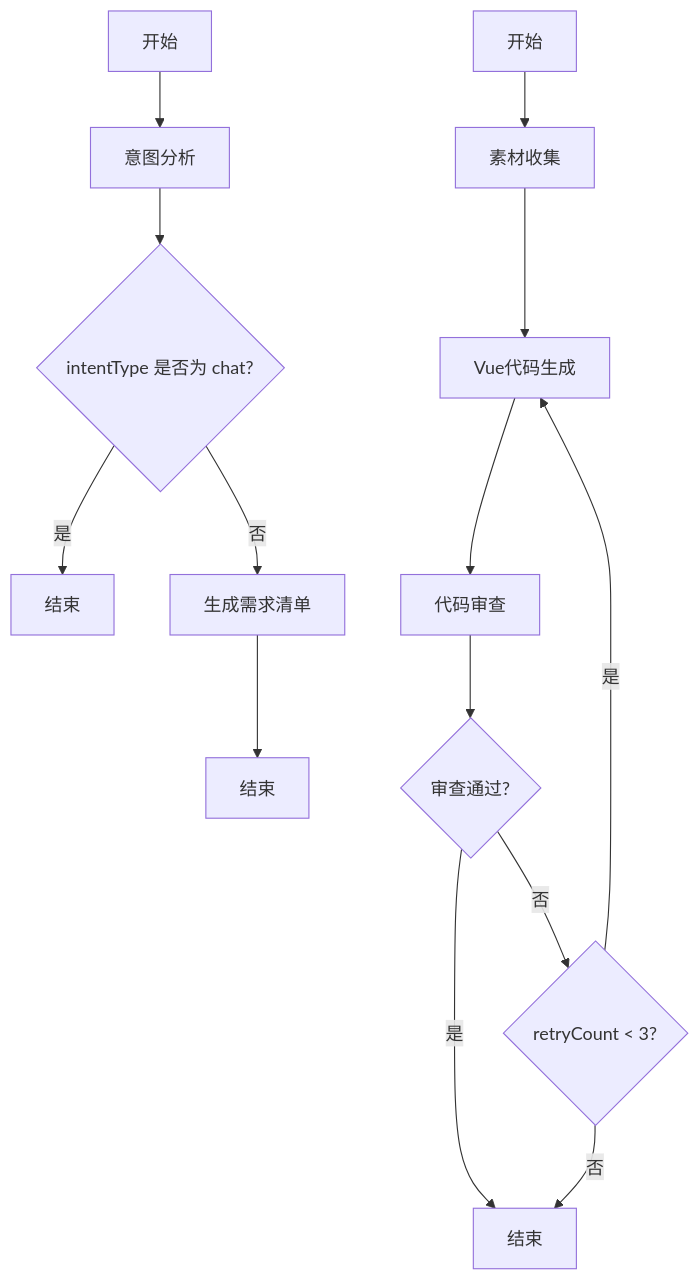
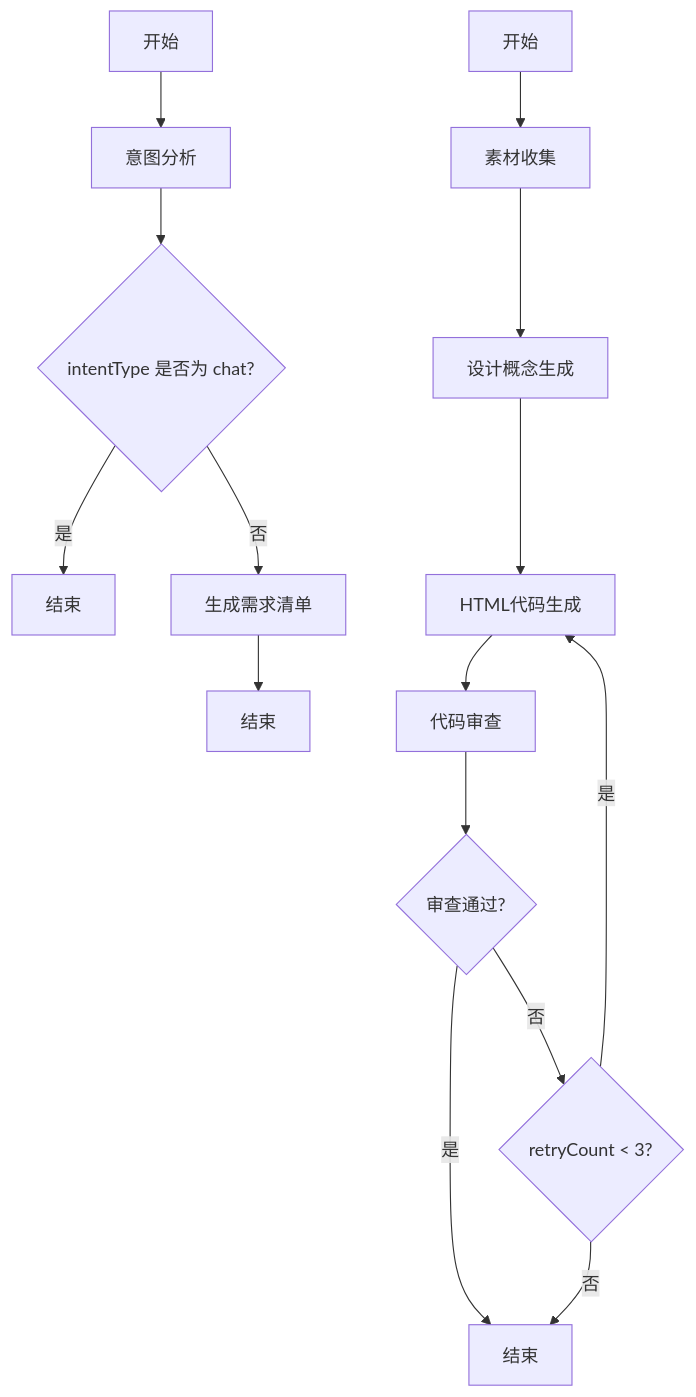
Before and after one commit to CyanYuKi/WebSiteFrontendCodeMother: the fourth of 6 diagrams in .qoder/repowiki/zh/content/AI工作流系统/AI工作流系统.md, drawn with Mermaid. The commit also changed other lines of this file and 12 other files, not shown here.

````diff
--- a/.qoder/repowiki/zh/content/AI工作流系统/AI工作流系统.md
+++ b/.qoder/repowiki/zh/content/AI工作流系统/AI工作流系统.md
@@ -344,16 +384,17 @@
 ```mermaid
 flowchart TD
 A["开始"] --> B["意图分析"]
 B --> C{"intentType 是否为 chat?"}
 C --> |是| D["结束"]
 C --> |否| E["生成需求清单"]
 E --> F["结束"]
 G["开始"] --> H["素材收集"]
-H --> I["Vue代码生成"]
-I --> J["代码审查"]
-J --> K{"审查通过?"}
-K --> |是| L["结束"]
-K --> |否| M{"retryCount < 3?"}
-M --> |是| I
-M --> |否| L
+H --> I["设计概念生成"]
+I --> J["HTML代码生成"]
+J --> K["代码审查"]
+K --> L{"审查通过?"}
+L --> |是| M["结束"]
+L --> |否| N{"retryCount < 3?"}
+N --> |是| J
+N --> |否| M
 ```
````
